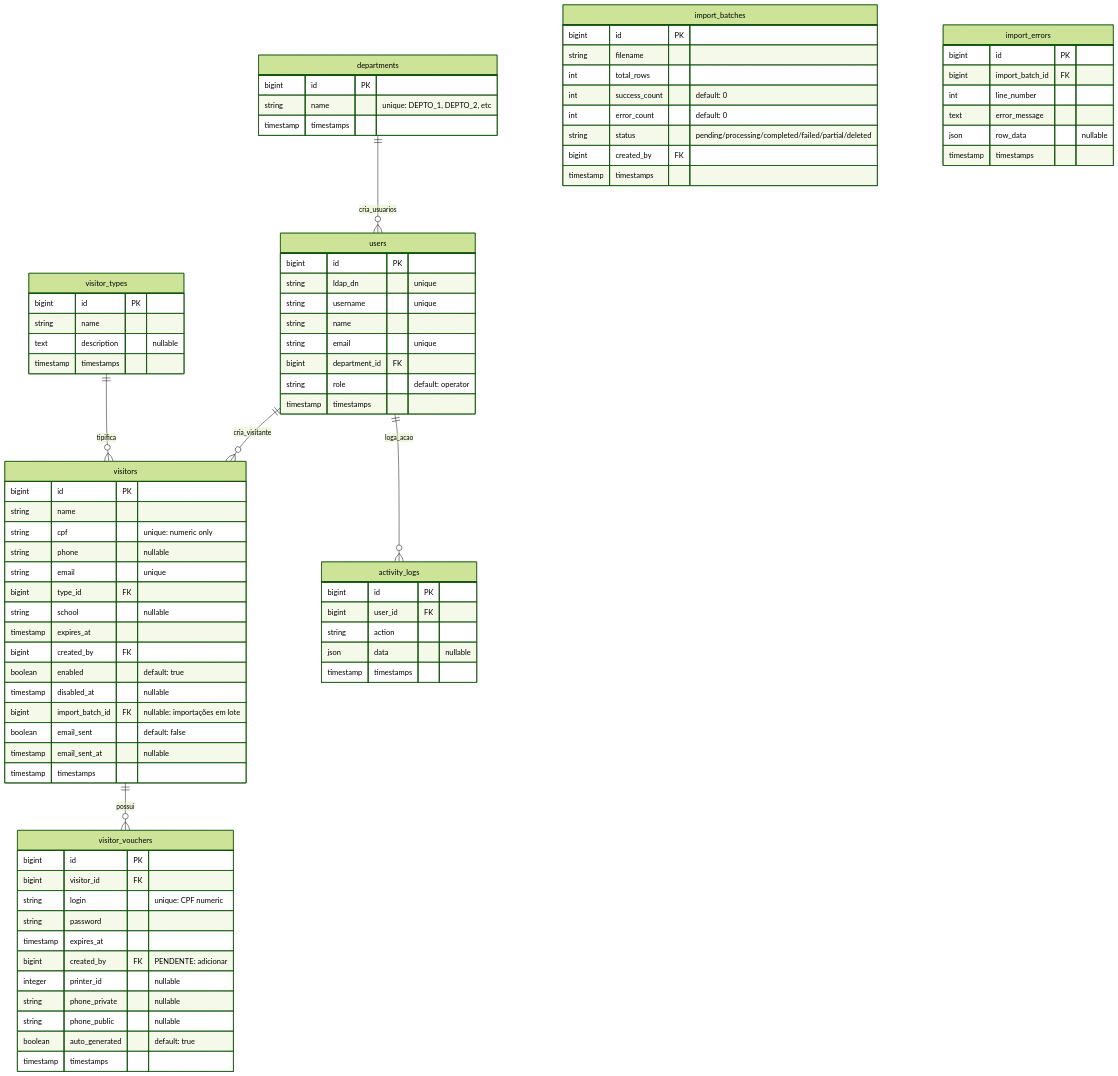
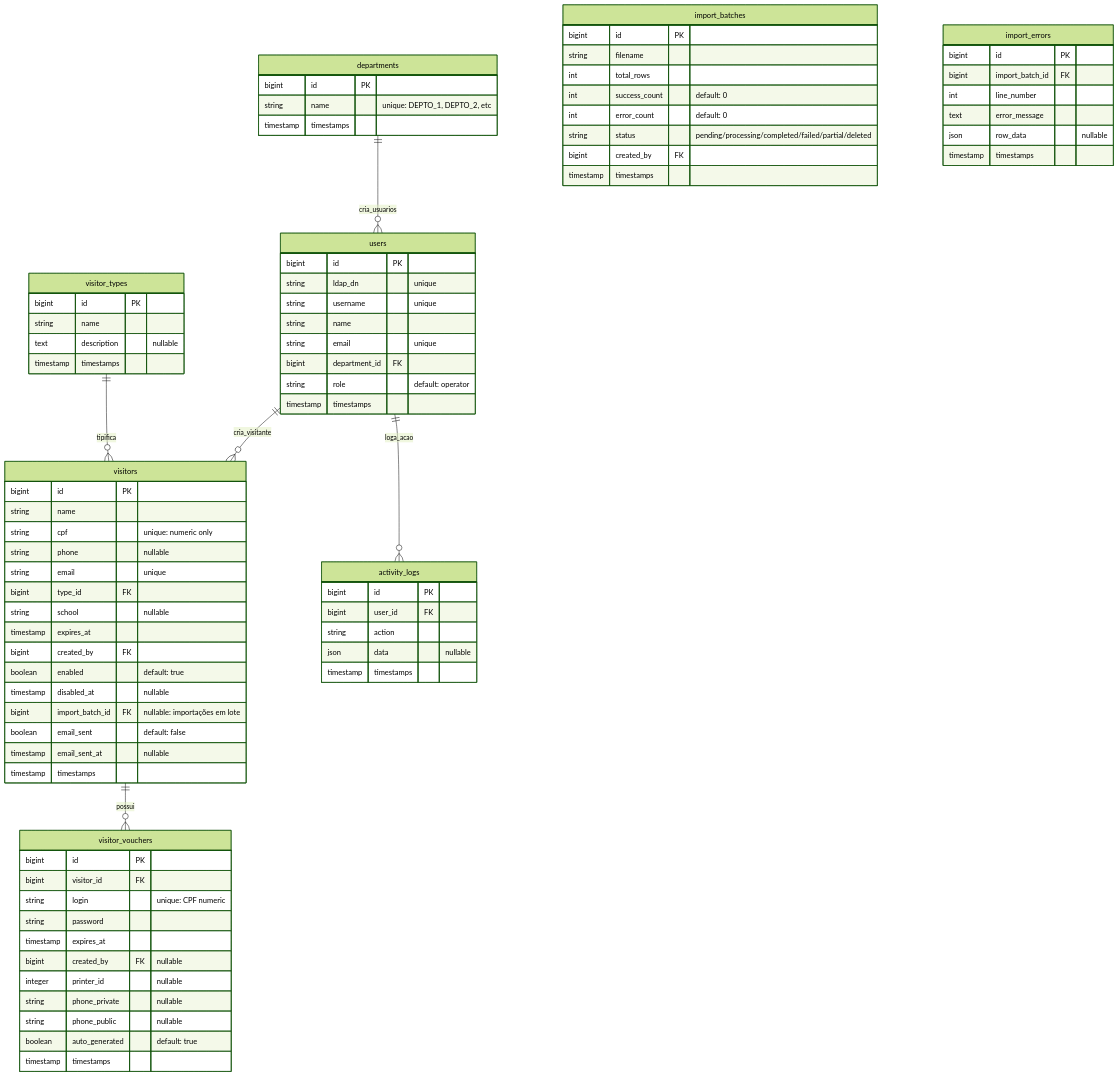
One commit to lucasgfaj/net-gp changed the diagram in docs/ssd.md. Above: the diagram before and after it, drawn with Mermaid (forest theme). The commit also changed 2 other files, not shown here.

Commit message:
fix: corrige argumentos em ActivityLogService e adiciona filtragem por departamento em import-batches

```diff
--- a/docs/ssd.md
+++ b/docs/ssd.md
@@ -116,7 +116,7 @@
         string login "unique: CPF numeric"
         string password
         timestamp expires_at
-        bigint created_by FK "PENDENTE: adicionar"
+        bigint created_by FK "nullable"
         integer printer_id "nullable"
         string phone_private "nullable"
         string phone_public "nullable"
```
